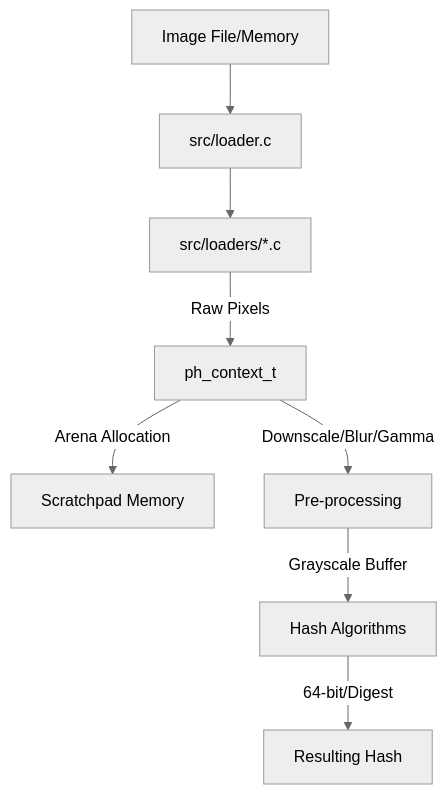
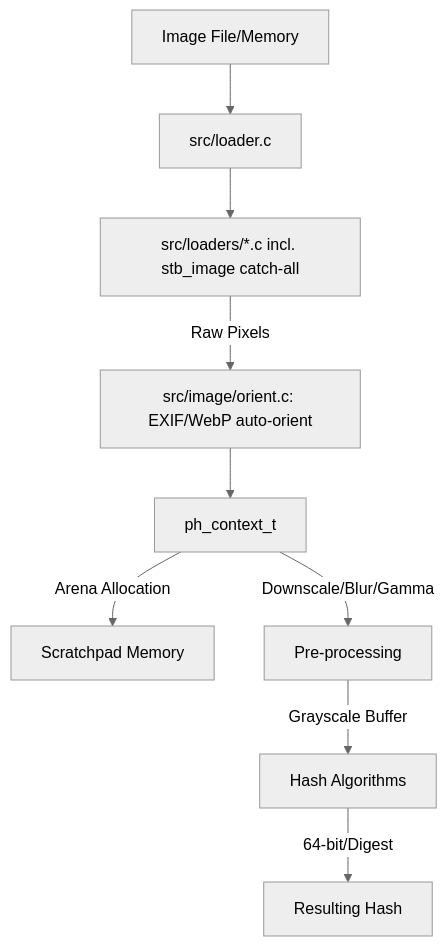
Before and after one commit to gudoshnikovn/libphash: the diagram in docs/architecture.md, drawn with Mermaid (neutral theme). The commit also changed other lines of this file and 3 other files, not shown here.

First line of the commit message:
docs: refresh architecture, algorithms and development guides for 2.0.0

````diff
--- a/docs/architecture.md
+++ b/docs/architecture.md
@@ -34,10 +98,11 @@
 ```mermaid
 graph TD
     File[Image File/Memory] --> Dispatcher[src/loader.c]
-    Dispatcher --> Backends[src/loaders/*.c]
-    Backends -->|Raw Pixels| Context[ph_context_t]
+    Dispatcher --> Backends[src/loaders/*.c incl. stb_image catch-all]
+    Backends -->|Raw Pixels| Orient[src/image/orient.c: EXIF/WebP auto-orient]
+    Orient --> Context[ph_context_t]
     Context -->|Arena Allocation| Scratch[Scratchpad Memory]
     Context -->|Downscale/Blur/Gamma| Preproc[Pre-processing]
     Preproc -->|Grayscale Buffer| Algos[Hash Algorithms]
     Algos -->|64-bit/Digest| Output[Resulting Hash]
 ```
````
